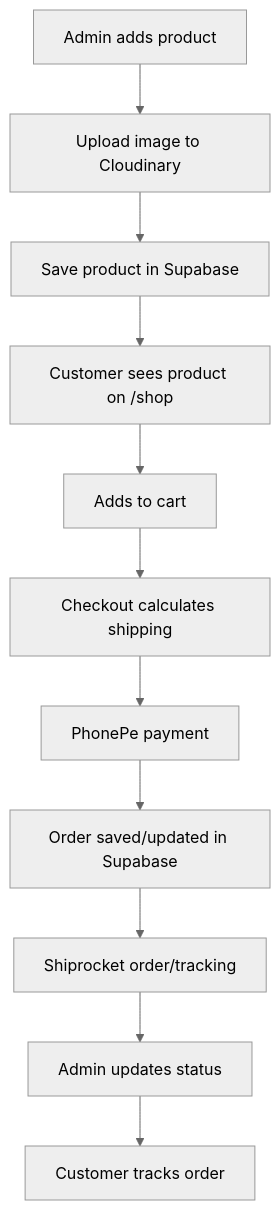
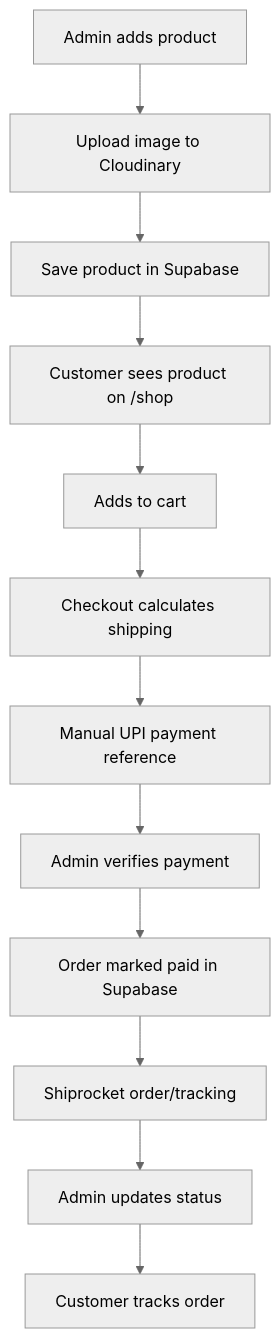
One commit to nikacreations0927/NikaArtStudio changed diagram 18 of 18 in ADMIN_USER_GUIDE.md. Above: the diagram before and after it, drawn with Mermaid (neutral theme). The commit also changed other lines of this file and 13 other files, not shown here.

Commit message:
Switch checkout to manual UPI verification

````diff
--- a/ADMIN_USER_GUIDE.md
+++ b/ADMIN_USER_GUIDE.md
@@ -497,13 +499,14 @@
 ```mermaid
 flowchart TD
   Admin["Admin adds product"] --> Image["Upload image to Cloudinary"]
   Image --> Product["Save product in Supabase"]
   Product --> Customer["Customer sees product on /shop"]
   Customer --> Cart["Adds to cart"]
   Cart --> Checkout["Checkout calculates shipping"]
-  Checkout --> Payment["PhonePe payment"]
-  Payment --> Order["Order saved/updated in Supabase"]
+  Checkout --> Payment["Manual UPI payment reference"]
+  Payment --> Verify["Admin verifies payment"]
+  Verify --> Order["Order marked paid in Supabase"]
   Order --> Logistics["Shiprocket order/tracking"]
   Logistics --> Status["Admin updates status"]
   Status --> Tracking["Customer tracks order"]
 ```
````
